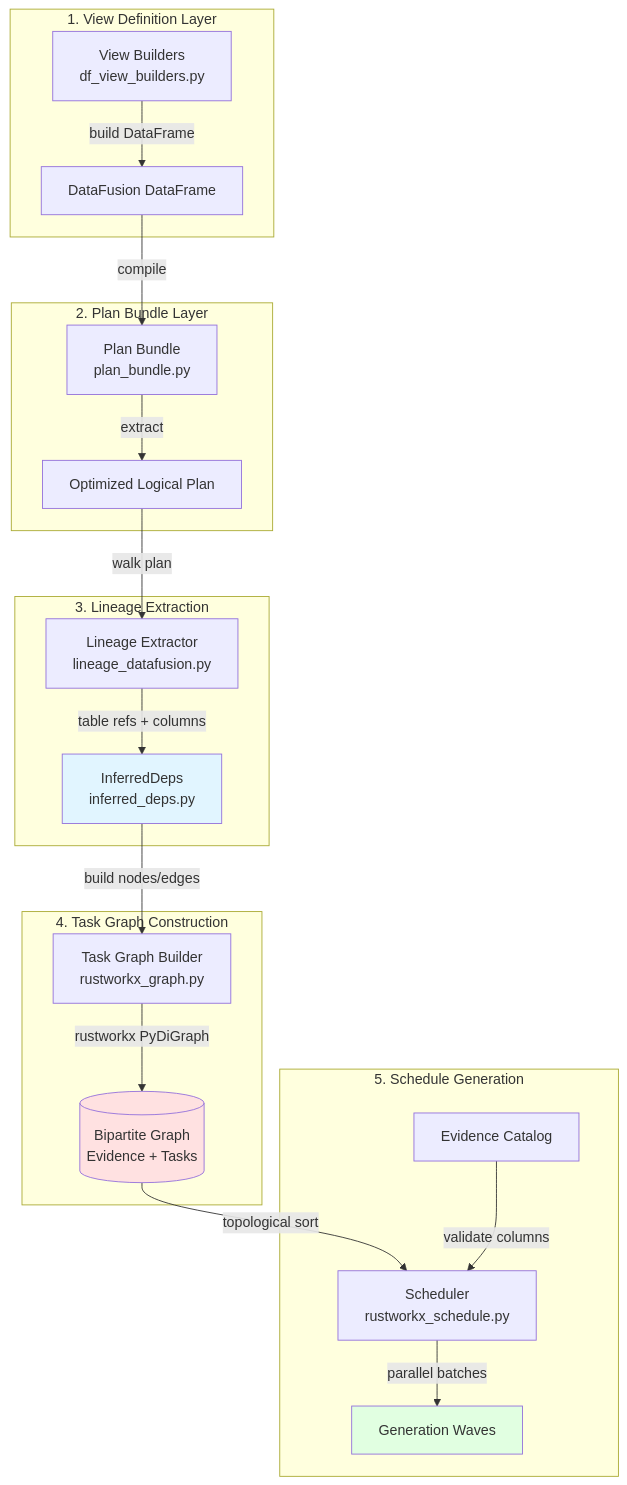
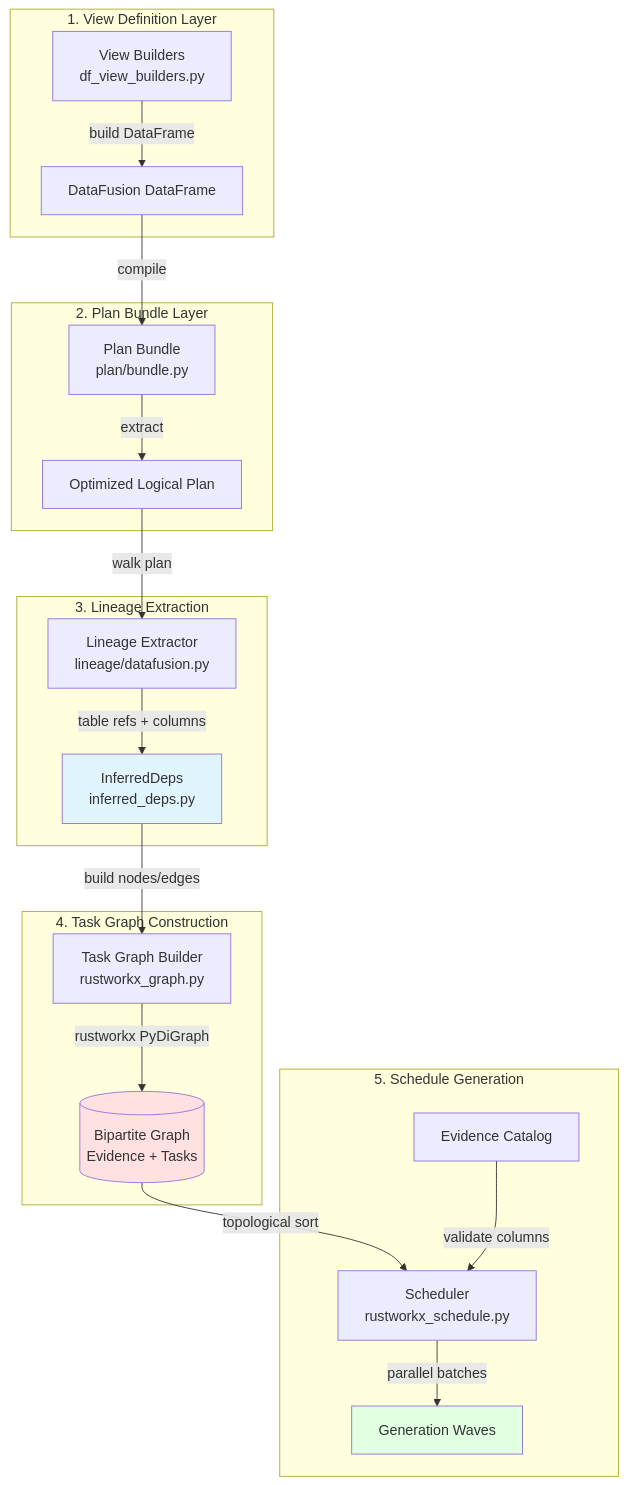
Before and after one commit to paul-heyse/CodeAnatomy: the diagram in docs/architecture/part_iv_normalization_and_scheduling.md, drawn with Mermaid. The commit also changed other lines of this file and 102 other files, not shown here.

````diff
--- a/docs/architecture/part_iv_normalization_and_scheduling.md
+++ b/docs/architecture/part_iv_normalization_and_scheduling.md
@@ -13,42 +13,42 @@
 ```mermaid
 flowchart TB
     subgraph "1. View Definition Layer"
         VB[View Builders<br/>df_view_builders.py]
         DF[DataFusion DataFrame]
         VB -->|"build DataFrame"| DF
     end
 
     subgraph "2. Plan Bundle Layer"
-        PB[Plan Bundle<br/>plan_bundle.py]
+        PB[Plan Bundle<br/>plan/bundle.py]
         OPT[Optimized Logical Plan]
         DF -->|"compile"| PB
         PB -->|"extract"| OPT
     end
 
     subgraph "3. Lineage Extraction"
-        LIN[Lineage Extractor<br/>lineage_datafusion.py]
+        LIN[Lineage Extractor<br/>lineage/datafusion.py]
         DEPS[InferredDeps<br/>inferred_deps.py]
         OPT -->|"walk plan"| LIN
         LIN -->|"table refs + columns"| DEPS
     end
 
     subgraph "4. Task Graph Construction"
         TG[Task Graph Builder<br/>rustworkx_graph.py]
         GRAPH[(Bipartite Graph<br/>Evidence + Tasks)]
         DEPS -->|"build nodes/edges"| TG
         TG -->|"rustworkx PyDiGraph"| GRAPH
     end
 
     subgraph "5. Schedule Generation"
         SCHED[Scheduler<br/>rustworkx_schedule.py]
         GENS[Generation Waves]
         EC[Evidence Catalog]
         GRAPH -->|"topological sort"| SCHED
         EC -->|"validate columns"| SCHED
         SCHED -->|"parallel batches"| GENS
     end
 
     style DEPS fill:#e1f5ff
     style GRAPH fill:#ffe1e1
     style GENS fill:#e1ffe1
 ```
````
